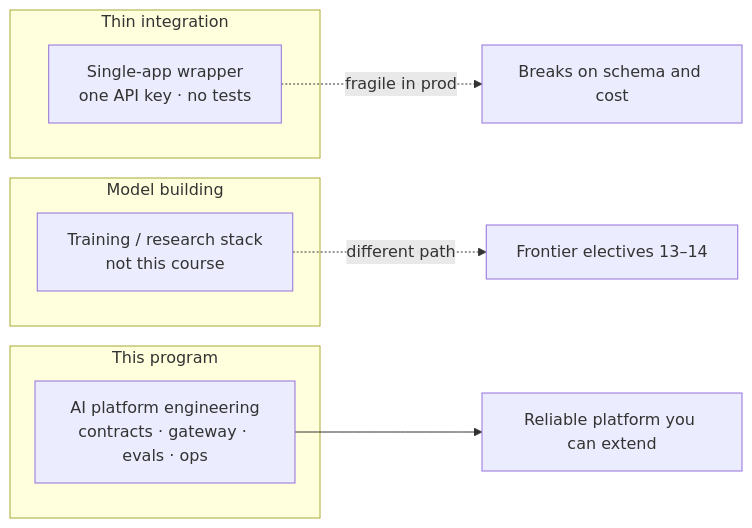
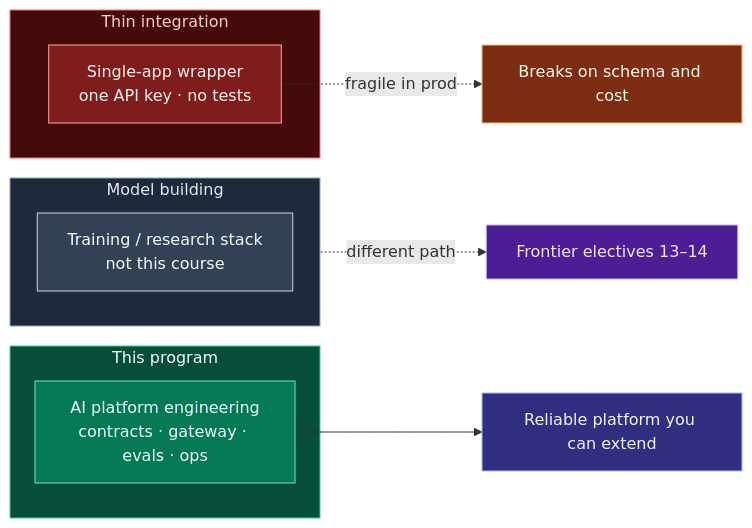
The first of 3 diagrams in docs/AI_Platform_System_Engineer_Program_Brief.md (harishrajoori/ai-engineer-roadmap), drawn with Mermaid before and after one commit. The commit also changed other lines of this file and 6 other files, not shown here.

First line of the commit message:
feat(ui): colorful Mermaid diagrams across studio and program brief

````diff
--- a/docs/AI_Platform_System_Engineer_Program_Brief.md
+++ b/docs/AI_Platform_System_Engineer_Program_Brief.md
@@ -101,15 +101,24 @@
 ```mermaid
 flowchart LR
   subgraph thin [Thin integration]
-    A[Single-app wrapper\none API key · no tests]
+    A["Single-app wrapper<br/>one API key · no tests"]
   end
   subgraph research [Model building]
-    B[Training / research stack\nnot this course]
+    B["Training / research stack<br/>not this course"]
   end
   subgraph here [This program]
-    C[AI platform engineering\ncontracts · gateway · evals · ops]
+    C["AI platform engineering<br/>contracts · gateway · evals · ops"]
   end
-  A -.->|fragile in prod| X[Breaks on schema and cost]
-  B -.->|different path| Y[Frontier electives 13–14]
-  C --> Z[Reliable platform you can extend]
+  A -.->|fragile in prod| X["Breaks on schema and cost"]
+  B -.->|different path| Y["Frontier electives 13–14"]
+  C --> Z["Reliable platform you can extend"]
+  style thin fill:#450a0a,stroke:#f87171,color:#fecaca
+  style research fill:#1e293b,stroke:#94a3b8,color:#e2e8f0
+  style here fill:#064e3b,stroke:#34d399,color:#ecfdf5
+  style A fill:#7f1d1d,stroke:#fca5a5,color:#fef2f2
+  style B fill:#334155,stroke:#cbd5e1,color:#f8fafc
+  style C fill:#047857,stroke:#6ee7b7,color:#ecfdf5
+  style X fill:#7c2d12,stroke:#fdba74,color:#fff7ed
+  style Y fill:#4c1d95,stroke:#c4b5fd,color:#ede9fe
+  style Z fill:#312e81,stroke:#a5b4fc,color:#eef2ff
 ```
````
